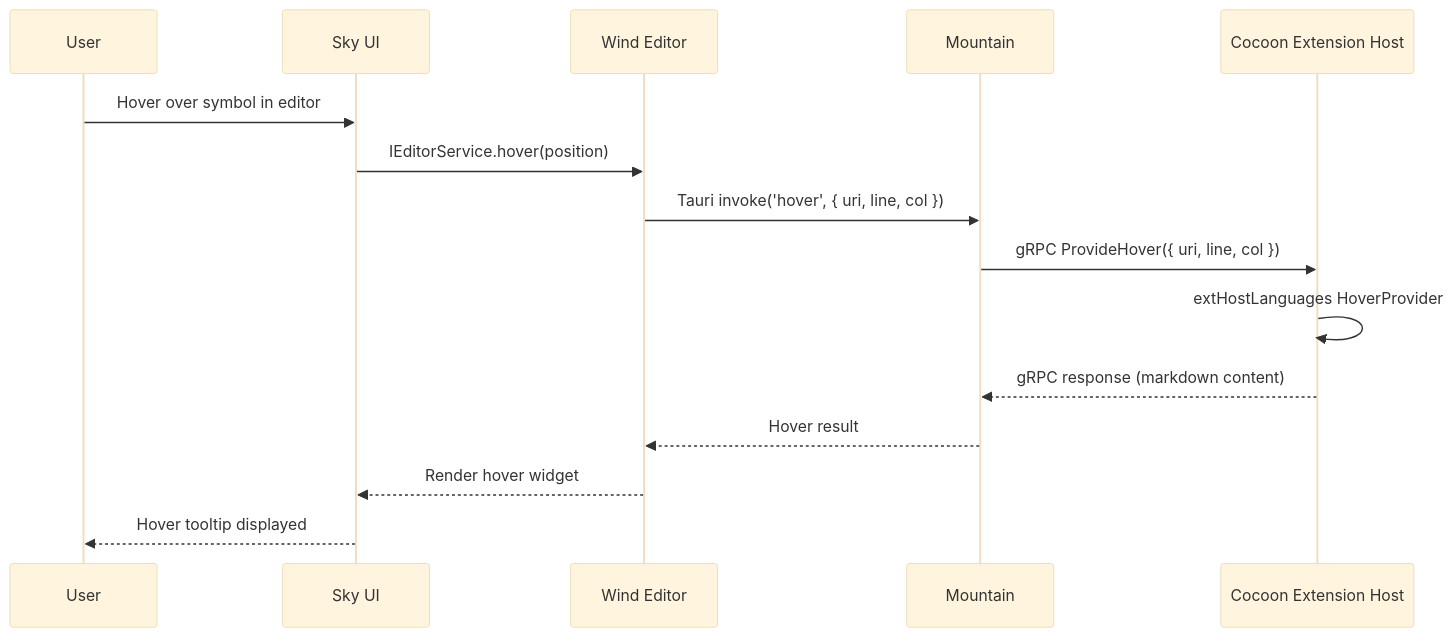
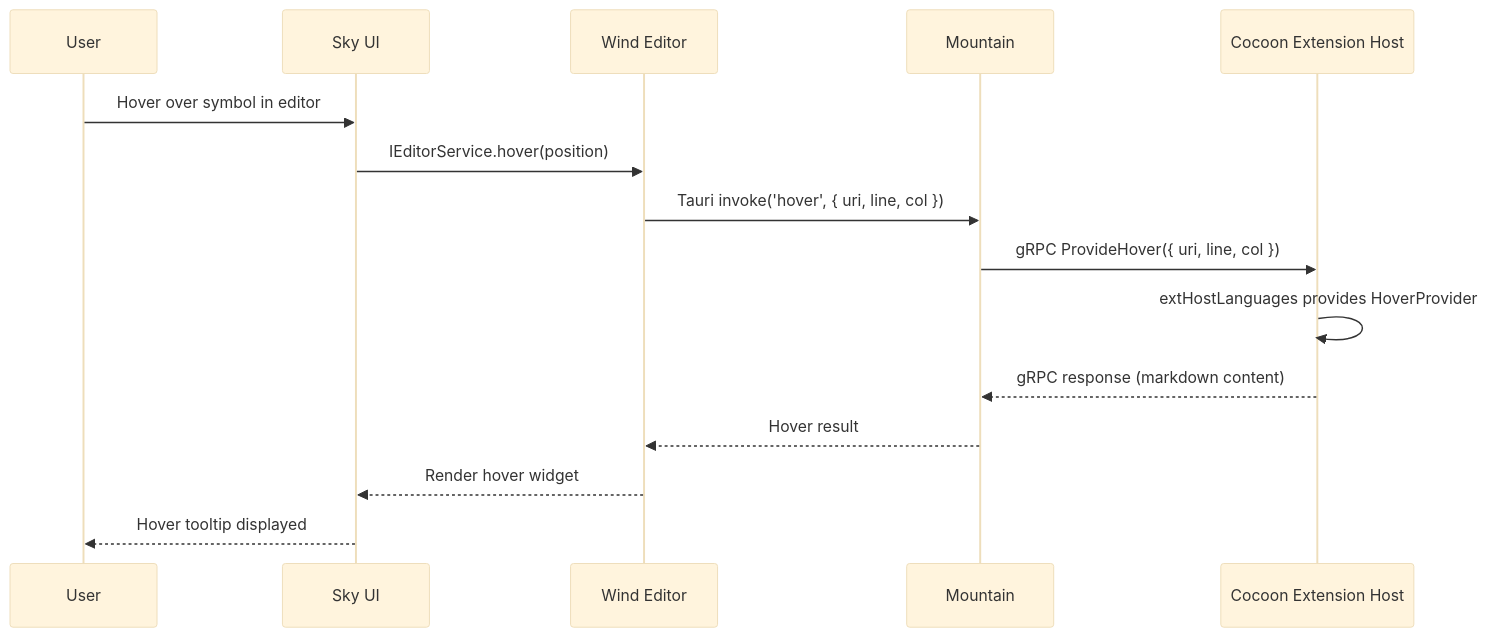
One commit to CodeEditorLand/Site changed the fifth of 6 diagrams in Source/Content/doc/architecture.md. Above: the diagram before and after it, drawn with Mermaid (base theme). The commit also changed other lines of this file and 68 other files, not shown here.

````diff
--- a/Source/Content/doc/architecture.md
+++ b/Source/Content/doc/architecture.md
@@ -274,18 +345,18 @@
 ```mermaid
 sequenceDiagram
     participant User as User
     participant Sky as Sky UI
     participant Wind as Wind Editor
     participant Mountain as Mountain
     participant Cocoon as Cocoon Extension Host
 
     User->>Sky: Hover over symbol in editor
     Sky->>Wind: IEditorService.hover(position)
     Wind->>Mountain: Tauri invoke('hover', { uri, line, col })
     Mountain->>Cocoon: gRPC ProvideHover({ uri, line, col })
-    Cocoon->>Cocoon: extHostLanguages HoverProvider
+    Cocoon->>Cocoon: extHostLanguages provides HoverProvider
     Cocoon-->>Mountain: gRPC response (markdown content)
     Mountain-->>Wind: Hover result
     Wind-->>Sky: Render hover widget
     Sky-->>User: Hover tooltip displayed
 ```
````
